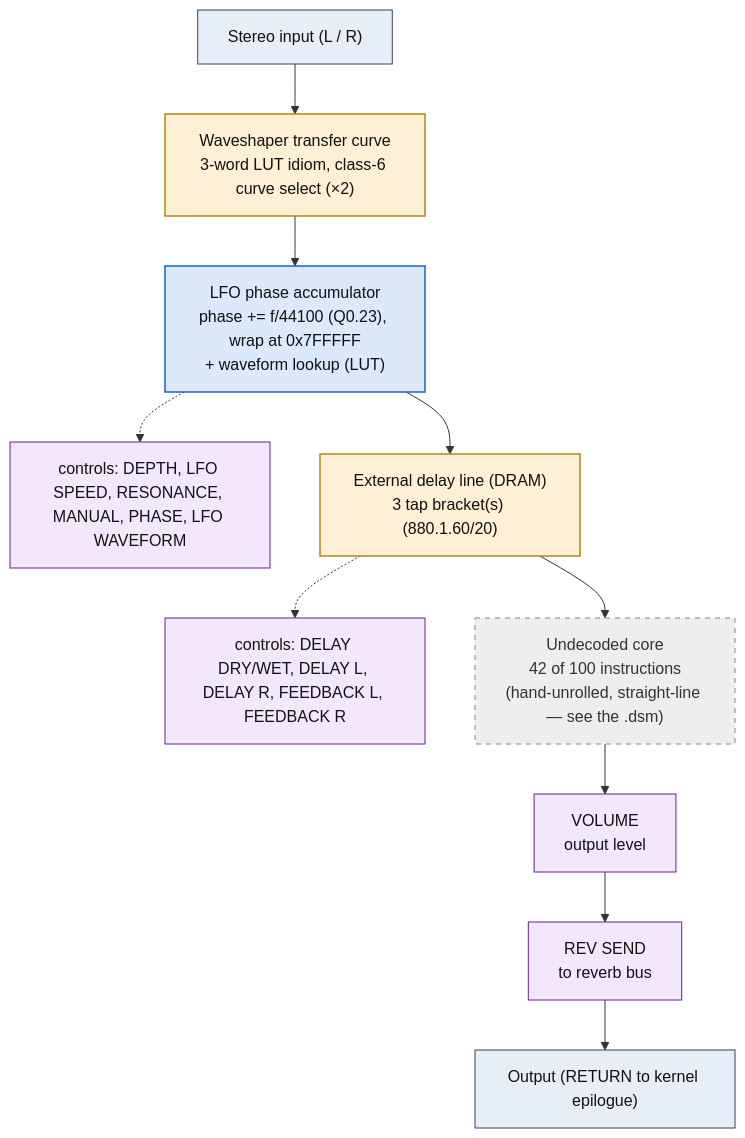
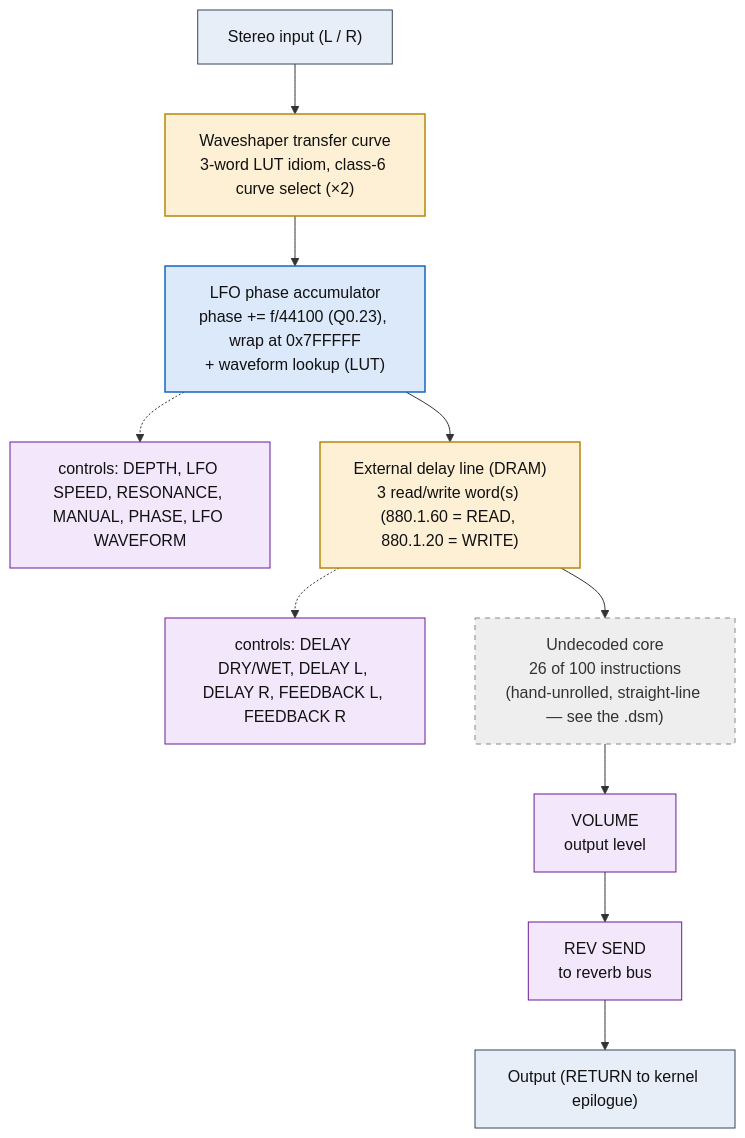
One commit to ArqueologiaDigital/KN5000-docs changed the diagram in flowcharts/prog66_s_delay_flanger.md. Above: the diagram before and after it, drawn with Mermaid. The commit also changed other lines of this file and 38 other files, not shown here.

First line of the commit message:
flowcharts: withdraw the envelope-detector reading, decode the DRAM accesses

````diff
--- a/flowcharts/prog66_s_delay_flanger.md
+++ b/flowcharts/prog66_s_delay_flanger.md
@@ -19,34 +19,34 @@
 ```mermaid
 flowchart TD
     N0["Stereo input (L / R)"]
     N1["Waveshaper transfer curve<br/>3-word LUT idiom, class-6 curve select (&times;2)"]
     N0 --> N1
     N2["LFO phase accumulator<br/>phase += f/44100 (Q0.23), wrap at 0x7FFFFF<br/>+ waveform lookup (LUT)"]
     N1 --> N2
     N3["controls: DEPTH, LFO SPEED, RESONANCE, MANUAL, PHASE, LFO WAVEFORM"]
     N2 -.-> N3
-    N4["External delay line (DRAM)<br/>3 tap bracket(s) (880.1.60/20)"]
+    N4["External delay line (DRAM)<br/>3 read/write word(s) (880.1.60 = READ, 880.1.20 = WRITE)"]
     N2 --> N4
     N5["controls: DELAY DRY/WET, DELAY L, DELAY R, FEEDBACK L, FEEDBACK R"]
     N4 -.-> N5
-    N6["Undecoded core<br/>42 of 100 instructions<br/>(hand-unrolled, straight-line &mdash; see the .dsm)"]
+    N6["Undecoded core<br/>26 of 100 instructions<br/>(hand-unrolled, straight-line &mdash; see the .dsm)"]
     N4 --> N6
     N7["VOLUME<br/>output level"]
     N6 --> N7
     N8["REV SEND<br/>to reverb bus"]
     N7 --> N8
     N9["Output (RETURN to kernel epilogue)"]
     N8 --> N9
 
     classDef io fill:#e8eef7,stroke:#33475b,stroke-width:1px,color:#111;
     classDef proven fill:#d7f0d7,stroke:#2e7d32,stroke-width:2px,color:#111;
     classDef measured fill:#dbe9fb,stroke:#1565c0,stroke-width:1.5px,color:#111;
     classDef inferred fill:#fdf0d5,stroke:#b8860b,stroke-width:1.5px,color:#111;
     classDef open fill:#eeeeee,stroke:#888,stroke-width:1px,color:#333,stroke-dasharray:5 5;
     classDef ctrl fill:#f3e8fb,stroke:#6a1b9a,stroke-width:1px,color:#111;
     class N0,N9 io;
     class N1,N4 inferred;
     class N2 measured;
     class N3,N5,N7,N8 ctrl;
     class N6 open;
 ```
````
